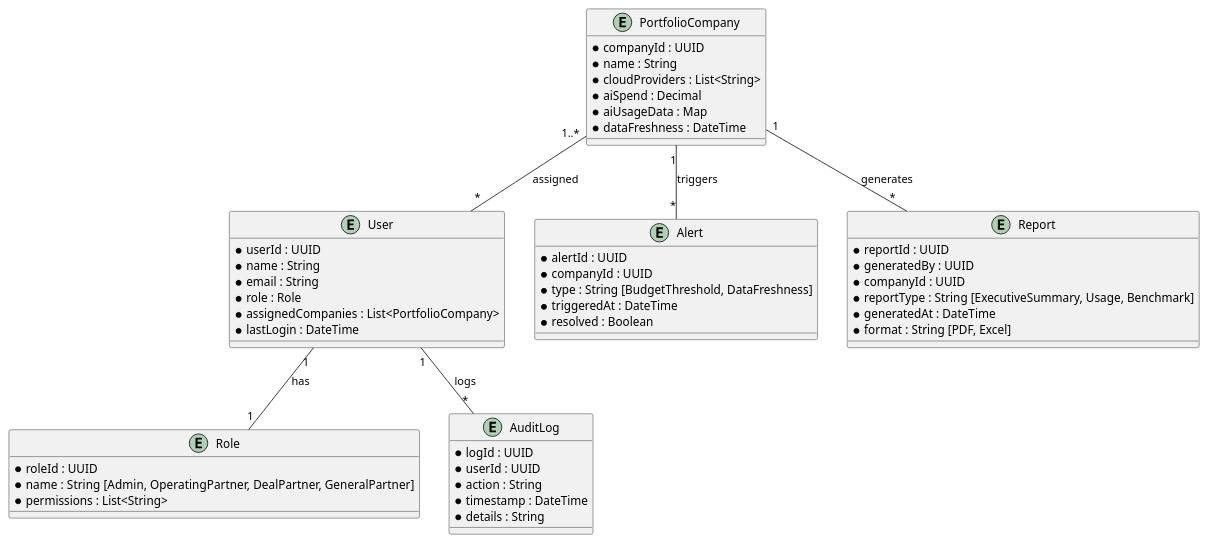
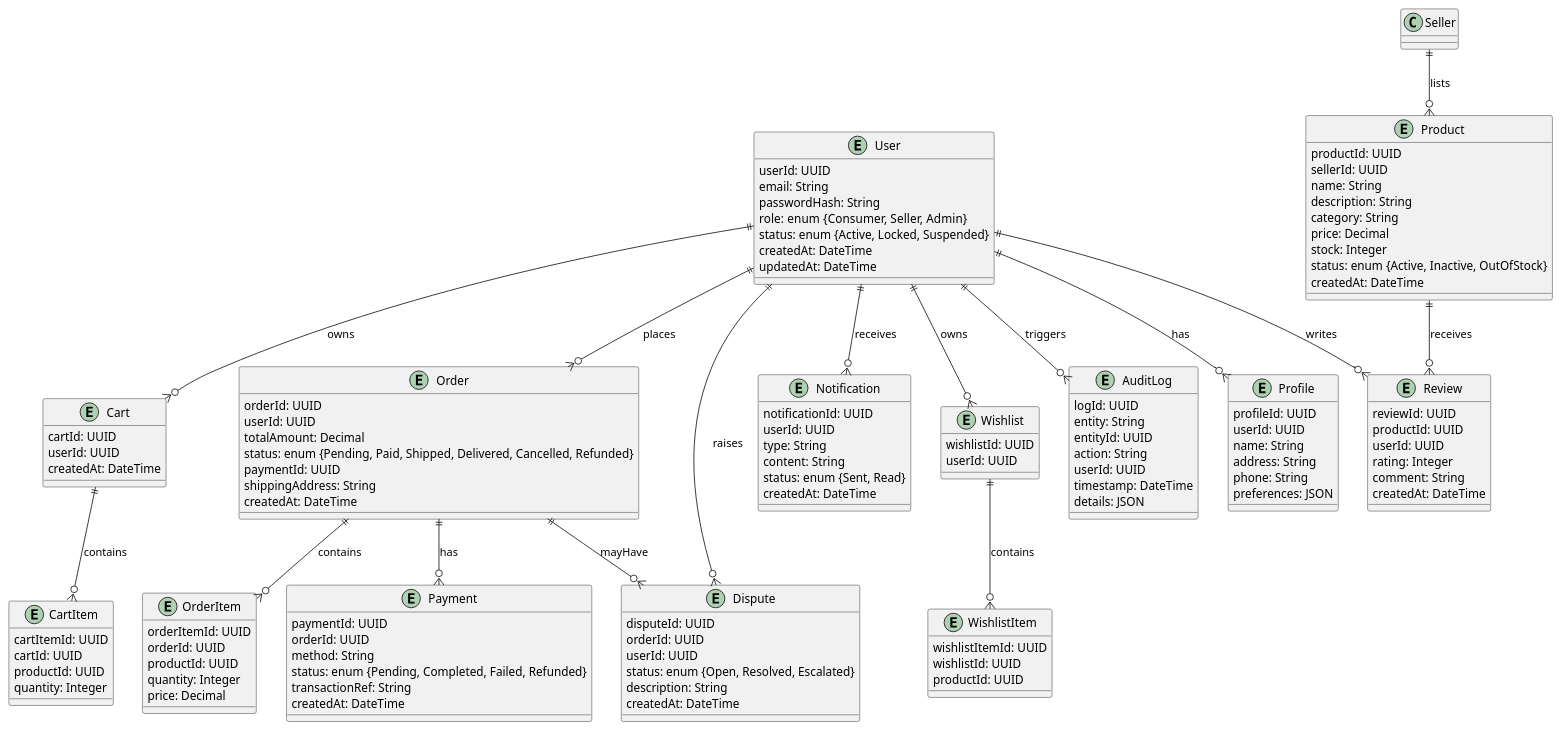
One commit to Davamani-git/APB_Demo changed the diagram in HLD/App1_HLD.md. Above: the diagram before and after it, drawn with PlantUML. The commit also changed other lines of this file, not shown here.

````diff
--- a/HLD/App1_HLD.md
+++ b/HLD/App1_HLD.md
@@ -35,58 +46,124 @@
 ```plantuml
 @startuml
-entity PortfolioCompany {
-  * companyId : UUID
-  * name : String
-  * cloudProviders : List<String>
-  * aiSpend : Decimal
-  * aiUsageData : Map
-  * dataFreshness : DateTime
+entity User {
+  userId: UUID
+  email: String
+  passwordHash: String
+  role: enum {Consumer, Seller, Admin}
+  status: enum {Active, Locked, Suspended}
+  createdAt: DateTime
+  updatedAt: DateTime
 }
-
-entity User {
-  * userId : UUID
-  * name : String
-  * email : String
-  * role : Role
-  * assignedCompanies : List<PortfolioCompany>
-  * lastLogin : DateTime
+entity Profile {
+  profileId: UUID
+  userId: UUID
+  name: String
+  address: String
+  phone: String
+  preferences: JSON
 }
-
-entity Role {
-  * roleId : UUID
-  * name : String [Admin, OperatingPartner, DealPartner, GeneralPartner]
-  * permissions : List<String>
+entity Product {
+  productId: UUID
+  sellerId: UUID
+  name: String
+  description: String
+  category: String
+  price: Decimal
+  stock: Integer
+  status: enum {Active, Inactive, OutOfStock}
+  createdAt: DateTime
 }
-
-entity Alert {
-  * alertId : UUID
-  * companyId : UUID
-  * type : String [BudgetThreshold, DataFreshness]
-  * triggeredAt : DateTime
-  * resolved : Boolean
+entity Cart {
+  cartId: UUID
+  userId: UUID
+  createdAt: DateTime
 }
-
-entity Report {
-  * reportId : UUID
-  * generatedBy : UUID
-  * companyId : UUID
-  * reportType : String [ExecutiveSummary, Usage, Benchmark]
-  * generatedAt : DateTime
-  * format : String [PDF, Excel]
+entity CartItem {
+  cartItemId: UUID
+  cartId: UUID
+  productId: UUID
+  quantity: Integer
 }
-
+entity Order {
+  orderId: UUID
+  userId: UUID
+  totalAmount: Decimal
+  status: enum {Pending, Paid, Shipped, Delivered, Cancelled, Refunded}
+  paymentId: UUID
+  shippingAddress: String
+  createdAt: DateTime
+}
+entity OrderItem {
+  orderItemId: UUID
+  orderId: UUID
+  productId: UUID
+  quantity: Integer
+  price: Decimal
+}
+entity Payment {
+  paymentId: UUID
+  orderId: UUID
+  method: String
+  status: enum {Pending, Completed, Failed, Refunded}
+  transactionRef: String
+  createdAt: DateTime
+}
+entity Review {
+  reviewId: UUID
+  productId: UUID
+  userId: UUID
+  rating: Integer
+  comment: String
+  createdAt: DateTime
+}
+entity Wishlist {
+  wishlistId: UUID
+  userId: UUID
+}
+entity WishlistItem {
+  wishlistItemId: UUID
+  wishlistId: UUID
+  productId: UUID
+}
+entity Notification {
+  notificationId: UUID
+  userId: UUID
+  type: String
+  content: String
+  status: enum {Sent, Read}
+  createdAt: DateTime
+}
+entity Dispute {
+  disputeId: UUID
+  orderId: UUID
+  userId: UUID
+  status: enum {Open, Resolved, Escalated}
+  description: String
+  createdAt: DateTime
+}
 entity AuditLog {
-  * logId : UUID
-  * userId : UUID
-  * action : String
-  * timestamp : DateTime
-  * details : String
+  logId: UUID
+  entity: String
+  entityId: UUID
+  action: String
+  userId: UUID
+  timestamp: DateTime
+  details: JSON
 }
-
-PortfolioCompany "1..*" -- "*" User : assigned
-User "1" -- "1" Role : has
-PortfolioCompany "1" -- "*" Alert : triggers
-PortfolioCompany "1" -- "*" Report : generates
-User "1" -- "*" AuditLog : logs
+User ||--o{ Profile : has
+User ||--o{ Cart : owns
+User ||--o{ Order : places
+User ||--o{ Review : writes
+User ||--o{ Wishlist : owns
+User ||--o{ Notification : receives
+User ||--o{ Dispute : raises
+User ||--o{ AuditLog : triggers
+Seller ||--o{ Product : lists
+Cart ||--o{ CartItem : contains
+Order ||--o{ OrderItem : contains
+Order ||--o{ Payment : has
+Wishlist ||--o{ WishlistItem : contains
+Product ||--o{ Review : receives
+Order ||--o{ Dispute : mayHave
 @enduml
 ```
````
